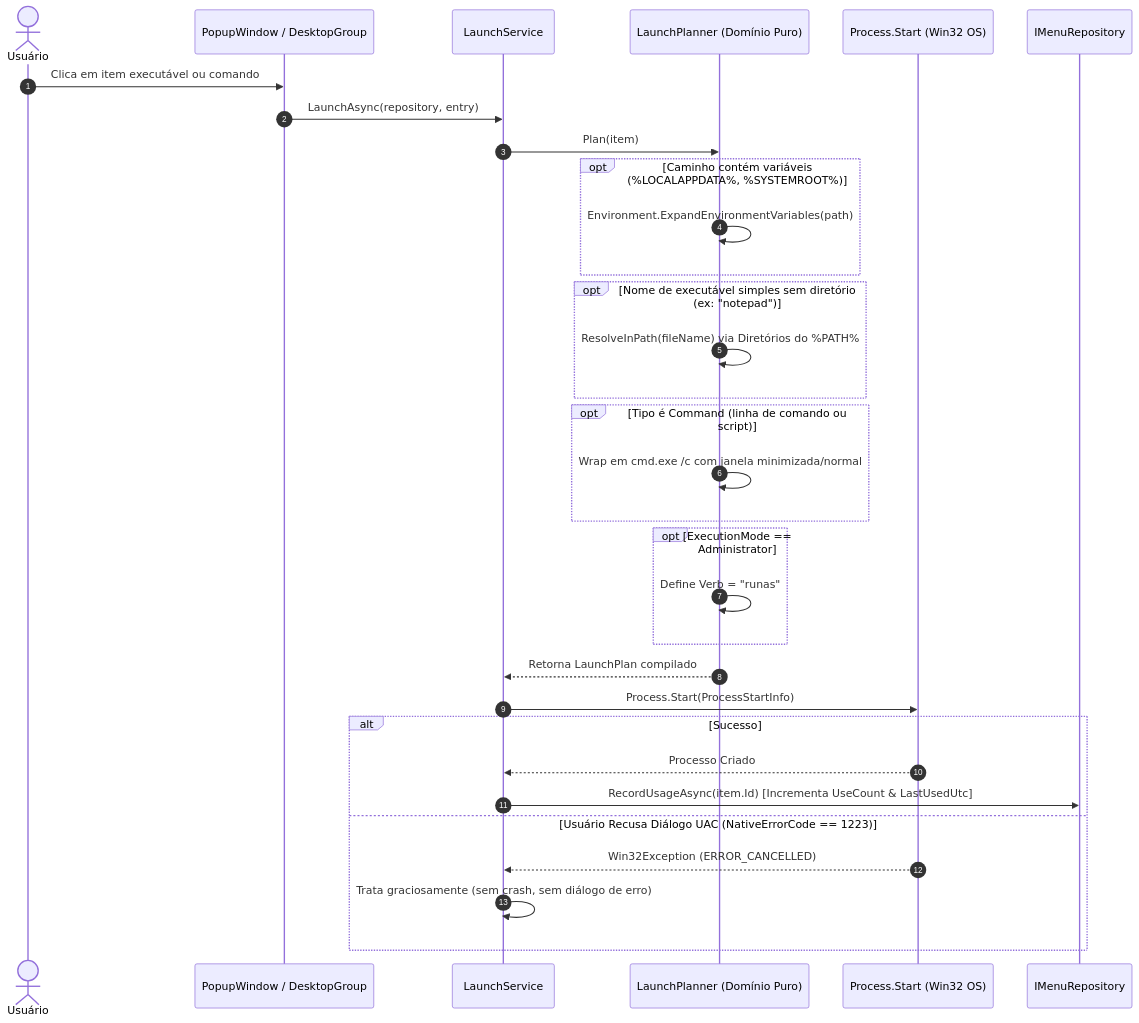
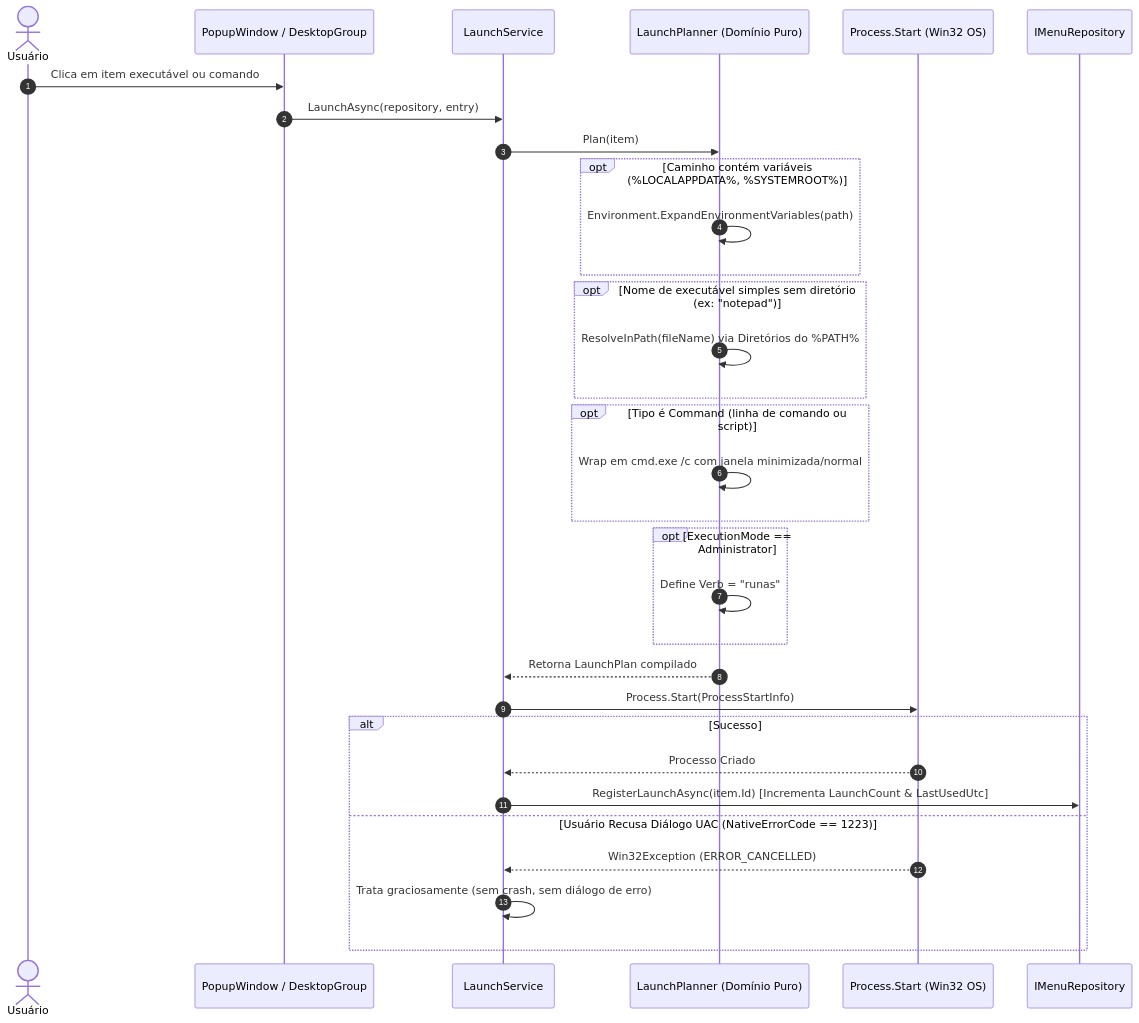
The third of 5 diagrams in docs/QuickStacks_ClassDiagram.md (alxchs/EasyWinMenu), drawn with Mermaid before and after one commit. The commit also changed other lines of this file and 19 other files, not shown here.

````diff
--- a/docs/QuickStacks_ClassDiagram.md
+++ b/docs/QuickStacks_ClassDiagram.md
@@ -469,41 +473,41 @@
 ```mermaid
 sequenceDiagram
     autonumber
     actor Usuario as Usuário
     participant UI as PopupWindow / DesktopGroup
     participant LaunchSvc as LaunchService
     participant Planner as LaunchPlanner (Domínio Puro)
     participant OS as Process.Start (Win32 OS)
     participant Repo as IMenuRepository
 
     Usuario->>UI: Clica em item executável ou comando
     UI->>LaunchSvc: LaunchAsync(repository, entry)
     LaunchSvc->>Planner: Plan(item)
     
     opt Caminho contém variáveis (%LOCALAPPDATA%, %SYSTEMROOT%)
         Planner->>Planner: Environment.ExpandEnvironmentVariables(path)
     end
     
     opt Nome de executável simples sem diretório (ex: "notepad")
         Planner->>Planner: ResolveInPath(fileName) via Diretórios do %PATH%
     end
     
     opt Tipo é Command (linha de comando ou script)
         Planner->>Planner: Wrap em cmd.exe /c com janela minimizada/normal
     end
     
     opt ExecutionMode == Administrator
         Planner->>Planner: Define Verb = "runas"
     end
     
     Planner-->>LaunchSvc: Retorna LaunchPlan compilado
     
     LaunchSvc->>OS: Process.Start(ProcessStartInfo)
     alt Sucesso
         OS-->>LaunchSvc: Processo Criado
-        LaunchSvc->>Repo: RecordUsageAsync(item.Id) [Incrementa UseCount & LastUsedUtc]
+        LaunchSvc->>Repo: RegisterLaunchAsync(item.Id) [Incrementa LaunchCount & LastUsedUtc]
     else Usuário Recusa Diálogo UAC (NativeErrorCode == 1223)
         OS-->>LaunchSvc: Win32Exception (ERROR_CANCELLED)
         LaunchSvc->>LaunchSvc: Trata graciosamente (sem crash, sem diálogo de erro)
     end
 ```
````
